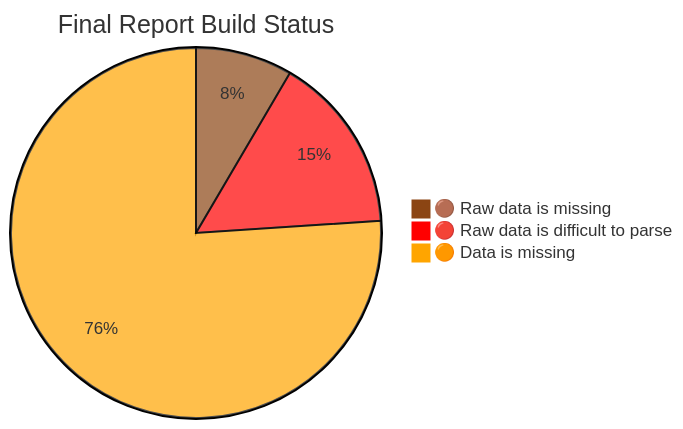
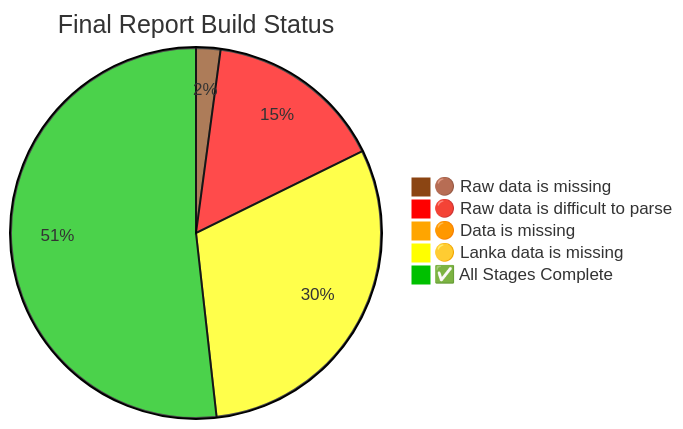
The diagram in README.md (nuuuwan/lk_census_2024), drawn with Mermaid before and after one commit. The commit also changed other lines of this file and 199 other files, not shown here.

````diff
--- a/README.md
+++ b/README.md
@@ -218,7 +220,9 @@
 ```mermaid
-%%{init: {"theme": "base", "themeVariables": {"pie1": "#8B4513", "pie2": "#FF0000", "pie3": "#FFA500"}}}%%
+%%{init: {"theme": "base", "themeVariables": {"pie1": "#8B4513", "pie2": "#FF0000", "pie3": "#FFA500", "pie4": "#FFFF00", "pie5": "#00c000"}}}%%
 pie title Final Report Build Status
-"🟤 Raw data is missing" : 12
+"🟤 Raw data is missing" : 3
     "🔴 Raw data is difficult to parse" : 22
-    "🟠 Data is missing" : 108
+    "🟠 Data is missing" : 1
+    "🟡 Lanka data is missing" : 43
+    "✅ All Stages Complete" : 73
 ```
````
